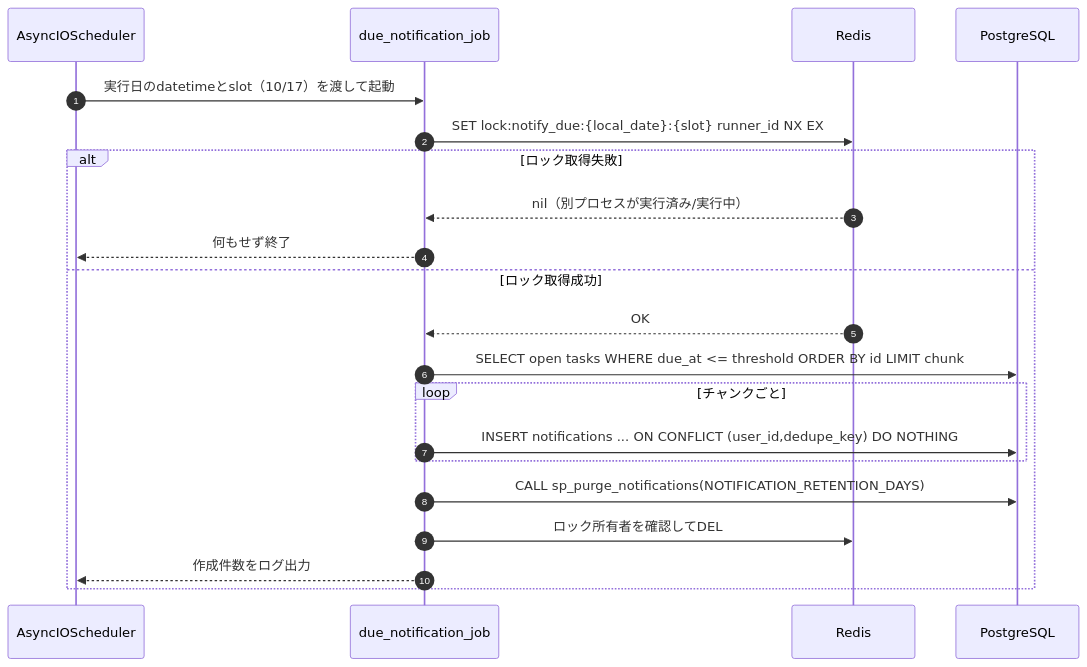
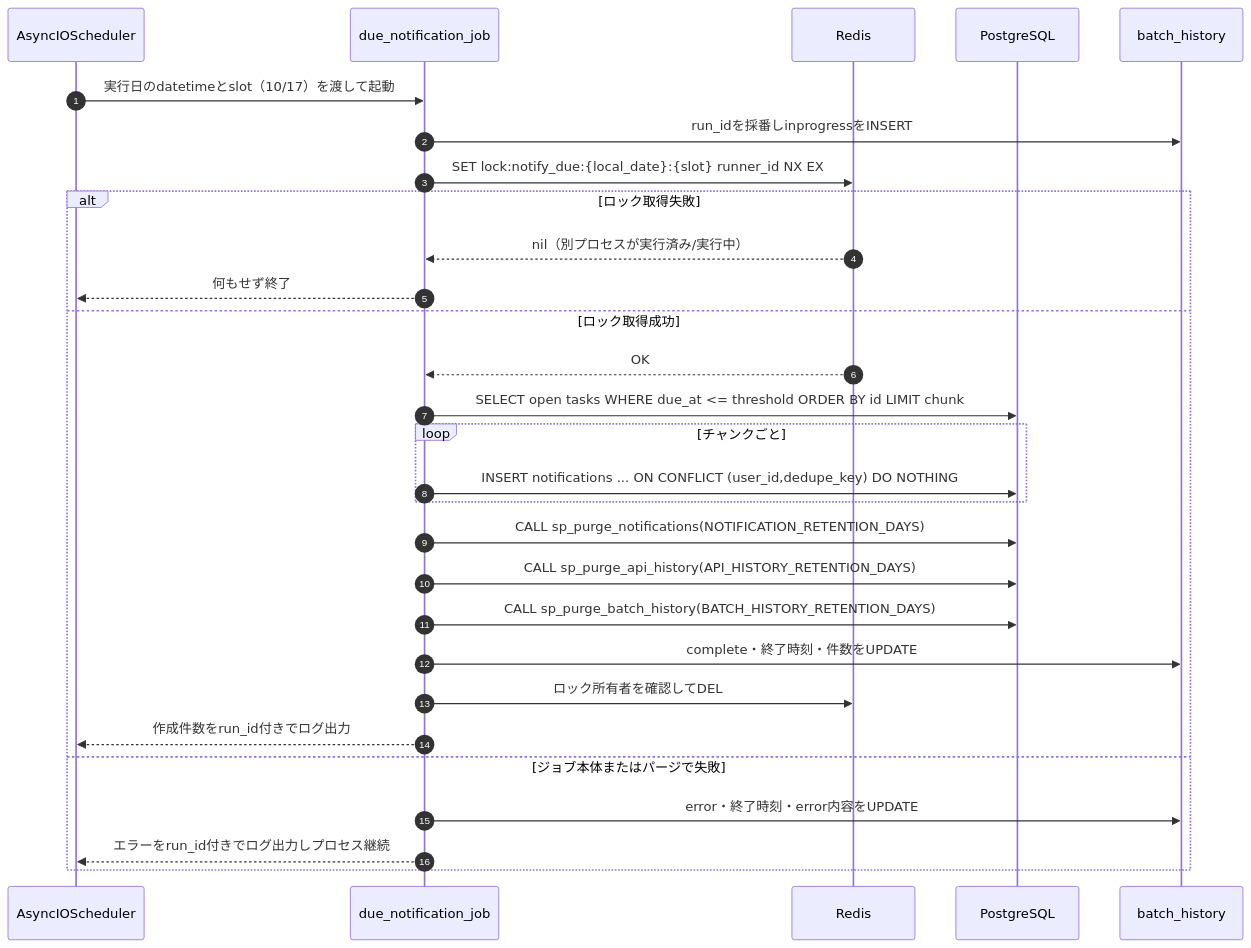
The diagram in detailed_design/batch/02_due_notification_job.md (oikawa-d/task_management), drawn with Mermaid before and after one commit. The commit also changed other lines of this file and 21 other files, not shown here.

````diff
--- a/detailed_design/batch/02_due_notification_job.md
+++ b/detailed_design/batch/02_due_notification_job.md
@@ -39,24 +41,32 @@
 ```mermaid
 sequenceDiagram
     autonumber
     participant SCH as AsyncIOScheduler
     participant JOB as due_notification_job
     participant RD as Redis
     participant PG as PostgreSQL
+    participant HIS as batch_history
 
     SCH->>JOB: 実行日のdatetimeとslot（10/17）を渡して起動
+    JOB->>HIS: run_idを採番しinprogressをINSERT
     JOB->>RD: SET lock:notify_due:{local_date}:{slot} runner_id NX EX
     alt ロック取得失敗
         RD-->>JOB: nil（別プロセスが実行済み/実行中）
         JOB-->>SCH: 何もせず終了
     else ロック取得成功
         RD-->>JOB: OK
         JOB->>PG: SELECT open tasks WHERE due_at <= threshold ORDER BY id LIMIT chunk
         loop チャンクごと
             JOB->>PG: INSERT notifications ... ON CONFLICT (user_id,dedupe_key) DO NOTHING
         end
         JOB->>PG: CALL sp_purge_notifications(NOTIFICATION_RETENTION_DAYS)
+        JOB->>PG: CALL sp_purge_api_history(API_HISTORY_RETENTION_DAYS)
+        JOB->>PG: CALL sp_purge_batch_history(BATCH_HISTORY_RETENTION_DAYS)
+        JOB->>HIS: complete・終了時刻・件数をUPDATE
         JOB->>RD: ロック所有者を確認してDEL
-        JOB-->>SCH: 作成件数をログ出力
+        JOB-->>SCH: 作成件数をrun_id付きでログ出力
+    else ジョブ本体またはパージで失敗
+        JOB->>HIS: error・終了時刻・error内容をUPDATE
+        JOB-->>SCH: エラーをrun_id付きでログ出力しプロセス継続
     end
 ```
````
